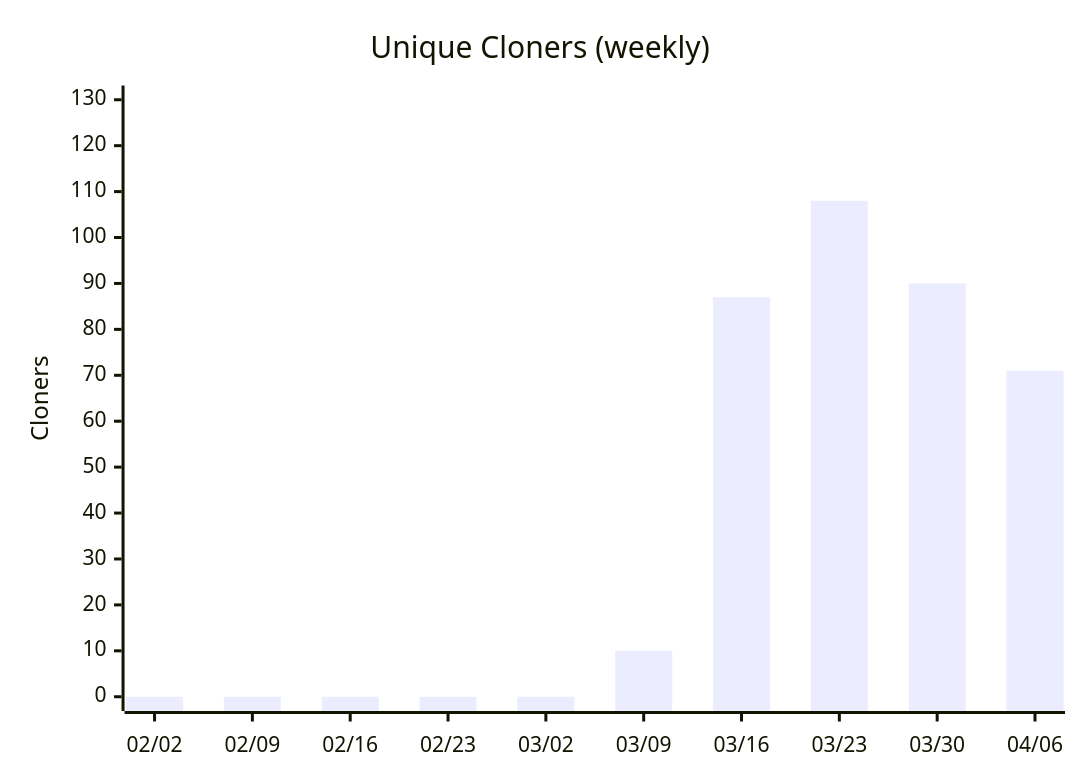
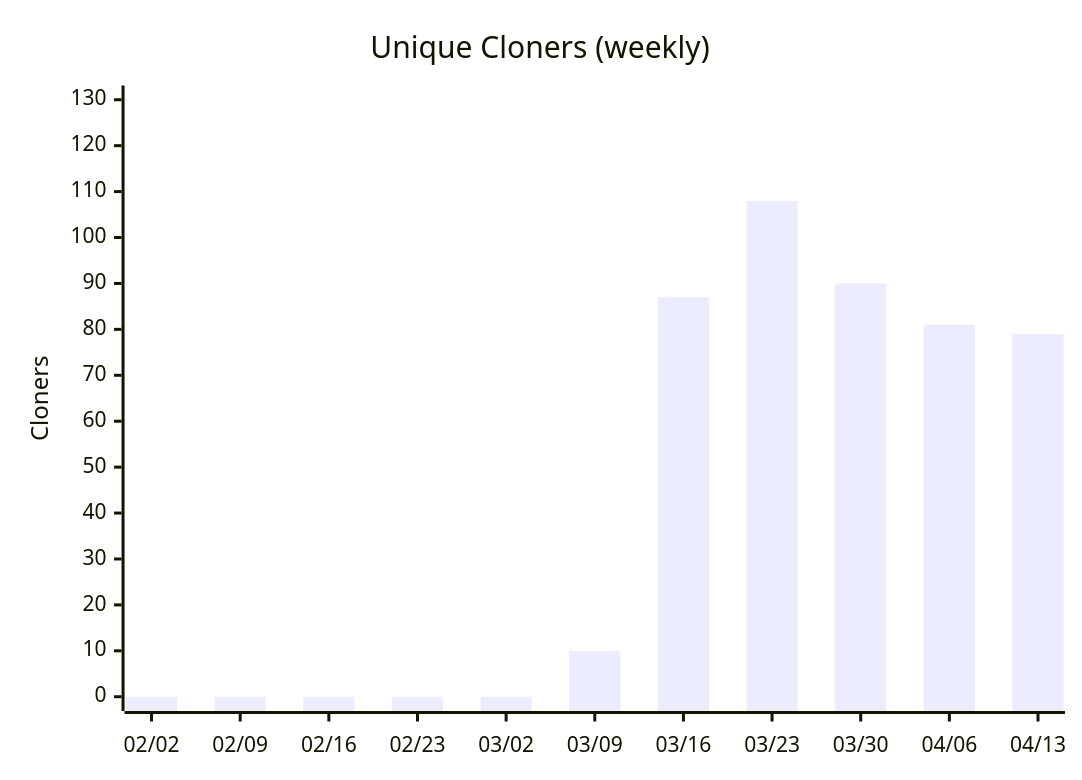
One commit to nablarch/nabledge-dev changed diagram 14 of 14 in docs/metrics.md. Above: the diagram before and after it, drawn with Mermaid. The commit also changed other lines of this file and 2 other files, not shown here.

````diff
--- a/docs/metrics.md
+++ b/docs/metrics.md
@@ -171,7 +173,7 @@
 ```mermaid
 xychart-beta
   title "Unique Cloners (weekly)"
-  x-axis ["02/02", "02/09", "02/16", "02/23", "03/02", "03/09", "03/16", "03/23", "03/30", "04/06"]
+  x-axis ["02/02", "02/09", "02/16", "02/23", "03/02", "03/09", "03/16", "03/23", "03/30", "04/06", "04/13"]
   y-axis "Cloners" 0 --> 130
-  bar [0, 0, 0, 0, 0, 10, 87, 108, 90, 71]
+  bar [0, 0, 0, 0, 0, 10, 87, 108, 90, 81, 79]
 ```
````
